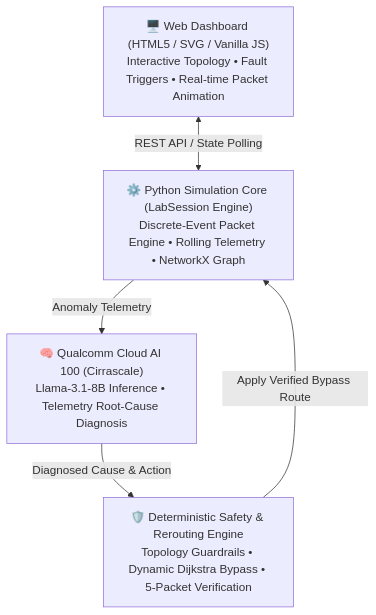
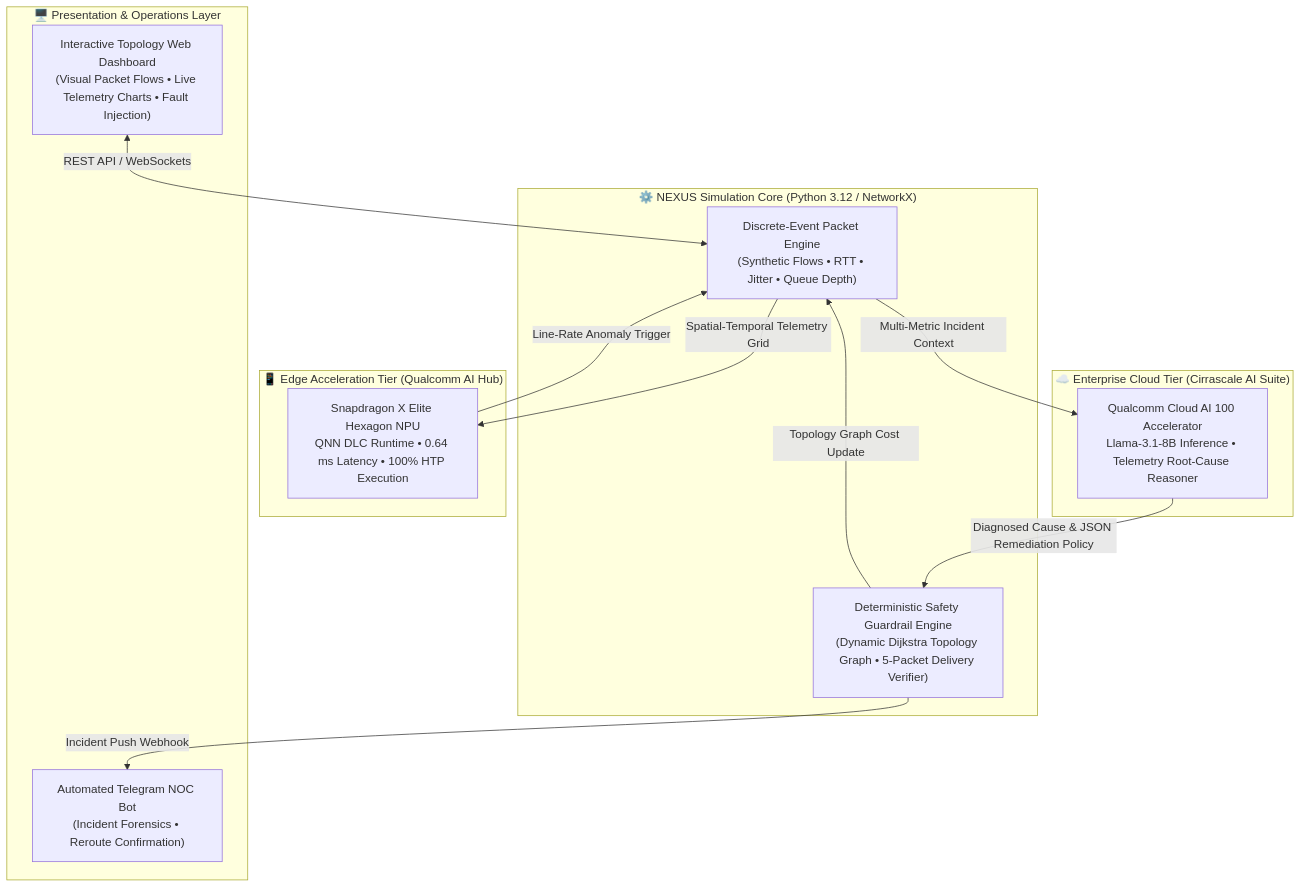
Before and after one commit to Reya-Doshi/Nexus: the first of 2 diagrams in README.md, drawn with Mermaid. The commit also changed other lines of this file, not shown here.

Commit message:
docs: 10000x overhaul README with Qualcomm Cloud AI 100, Snapdragon NPU benchmarks, and NC-04 architecture

````diff
--- a/README.md
+++ b/README.md
@@ -22,15 +59,28 @@
 ```mermaid
 flowchart TB
-    UI["🖥️ Web Dashboard (HTML5 / SVG / Vanilla JS)<br/>Interactive Topology • Fault Triggers • Real-time Packet Animation"]
+    subgraph UI ["🖥️ Presentation & Operations Layer"]
+        DASH["Interactive Topology Web Dashboard<br/>(Visual Packet Flows • Live Telemetry Charts • Fault Injection)"]
+        TG["Automated Telegram NOC Bot<br/>(Incident Forensics • Reroute Confirmation)"]
+    end
 
-    SIM["⚙️ Python Simulation Core (LabSession Engine)<br/>Discrete-Event Packet Engine • Rolling Telemetry • NetworkX Graph"]
+    subgraph ENGINE ["⚙️ NEXUS Simulation Core (Python 3.12 / NetworkX)"]
+        SIM["Discrete-Event Packet Engine<br/>(Synthetic Flows • RTT • Jitter • Queue Depth)"]
+        GUARD["Deterministic Safety Guardrail Engine<br/>(Dynamic Dijkstra Topology Graph • 5-Packet Delivery Verifier)"]
+    end
 
-    AI["🧠 Qualcomm Cloud AI 100 (Cirrascale)<br/>Llama-3.1-8B Inference • Telemetry Root-Cause Diagnosis"]
+    subgraph QUALCOMM_EDGE ["📱 Edge Acceleration Tier (Qualcomm AI Hub)"]
+        NPU["Snapdragon X Elite Hexagon NPU<br/>QNN DLC Runtime • 0.64 ms Latency • 100% HTP Execution"]
+    end
 
-    HEAL["🛡️ Deterministic Safety & Rerouting Engine<br/>Topology Guardrails • Dynamic Dijkstra Bypass • 5-Packet Verification"]
+    subgraph QUALCOMM_CLOUD ["☁️ Enterprise Cloud Tier (Cirrascale AI Suite)"]
+        QCLOUD["Qualcomm Cloud AI 100 Accelerator<br/>Llama-3.1-8B Inference • Telemetry Root-Cause Reasoner"]
+    end
 
-    UI <--> |"REST API / State Polling"| SIM
-    SIM --> |"Anomaly Telemetry"| AI
-    AI --> |"Diagnosed Cause & Action"| HEAL
-    HEAL --> |"Apply Verified Bypass Route"| SIM
+    DASH <-->|"REST API / WebSockets"| SIM
+    SIM -->|"Spatial-Temporal Telemetry Grid"| NPU
+    NPU -->|"Line-Rate Anomaly Trigger"| SIM
+    SIM -->|"Multi-Metric Incident Context"| QCLOUD
+    QCLOUD -->|"Diagnosed Cause & JSON Remediation Policy"| GUARD
+    GUARD -->|"Topology Graph Cost Update"| SIM
+    GUARD -->|"Incident Push Webhook"| TG
 ```
````
